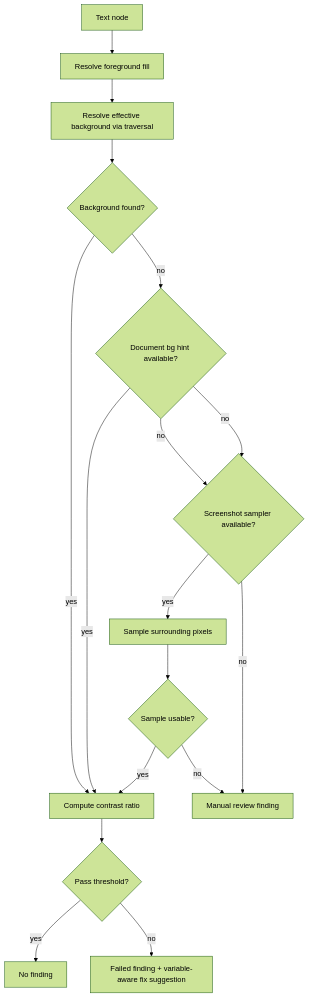
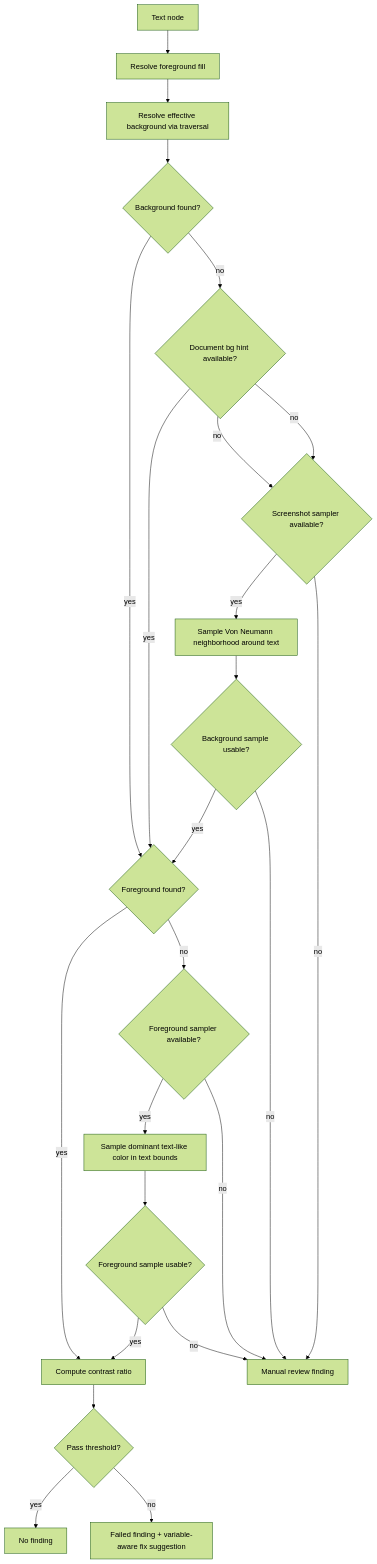
The second of 4 diagrams in README.md (KG-khangelani/aa_dauditor), drawn with Mermaid (forest theme) before and after one commit. The commit also changed other lines of this file and 10 other files, not shown here.

Commit message:
Implement von Neumann neighbourhood

````diff
--- a/README.md
+++ b/README.md
@@ -253,19 +253,26 @@
 ```mermaid
 flowchart TD
   A[Text node] --> B[Resolve foreground fill]
   B --> C[Resolve effective background via traversal]
   C --> D{Background found?}
-  D -- yes --> I[Compute contrast ratio]
+  D -- yes --> D2{Foreground found?}
   D -- no --> E{Document bg hint available?}
-  E -- yes --> I
+  E -- yes --> D2
   E -- no --> F{Screenshot sampler available?}
-  F -- yes --> G[Sample surrounding pixels]
-  G --> H{Sample usable?}
-  H -- yes --> I
-  H -- no --> J[Manual review finding]
+  F -- yes --> G[Sample Von Neumann neighborhood around text]
+  G --> G2{Background sample usable?}
+  G2 -- yes --> D2
+  G2 -- no --> J[Manual review finding]
   F -- no --> J
   E -- no --> F
+  D2 -- yes --> I[Compute contrast ratio]
+  D2 -- no --> D3{Foreground sampler available?}
+  D3 -- yes --> D4[Sample dominant text-like color in text bounds]
+  D4 --> D5{Foreground sample usable?}
+  D5 -- yes --> I
+  D5 -- no --> J
+  D3 -- no --> J
   I --> K{Pass threshold?}
   K -- yes --> L[No finding]
   K -- no --> M[Failed finding + variable-aware fix suggestion]
 ```
````
